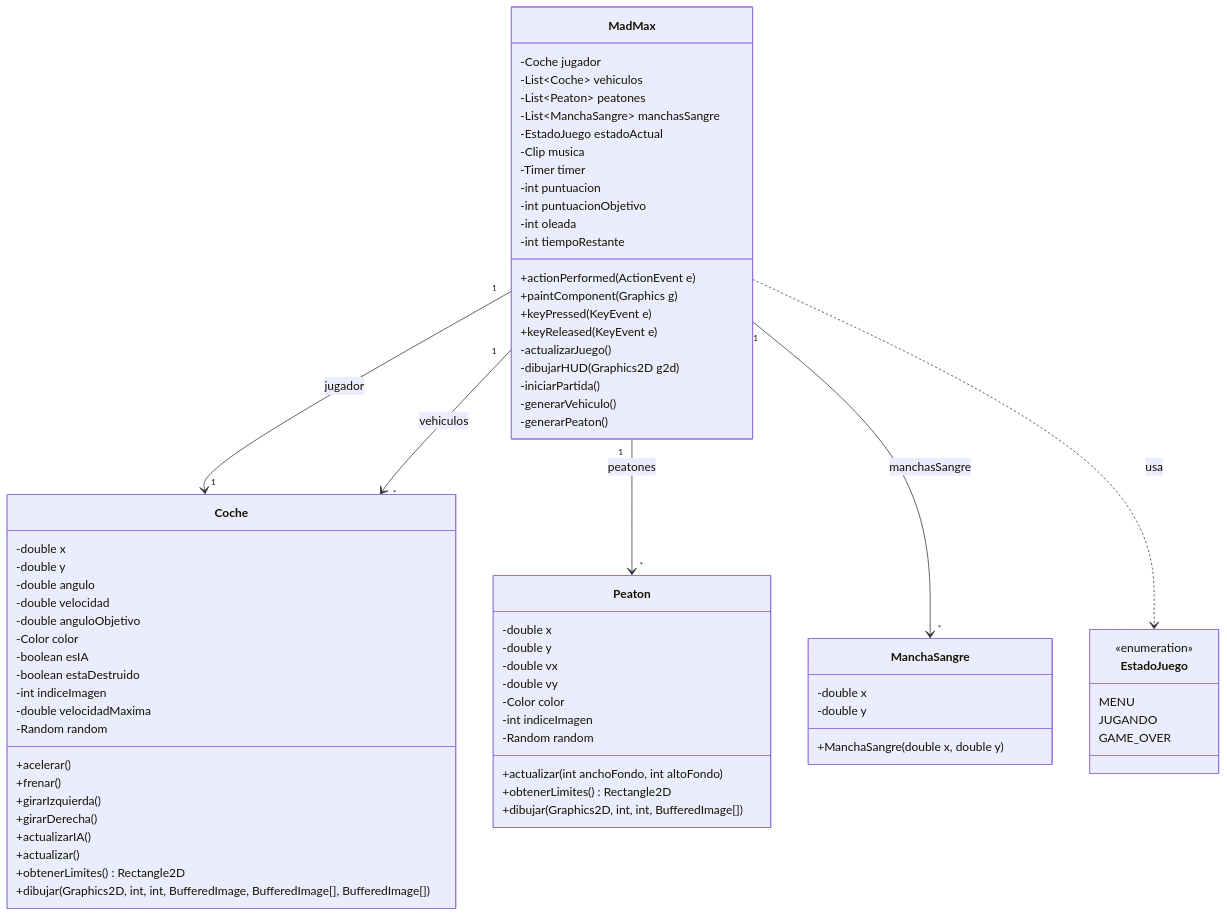
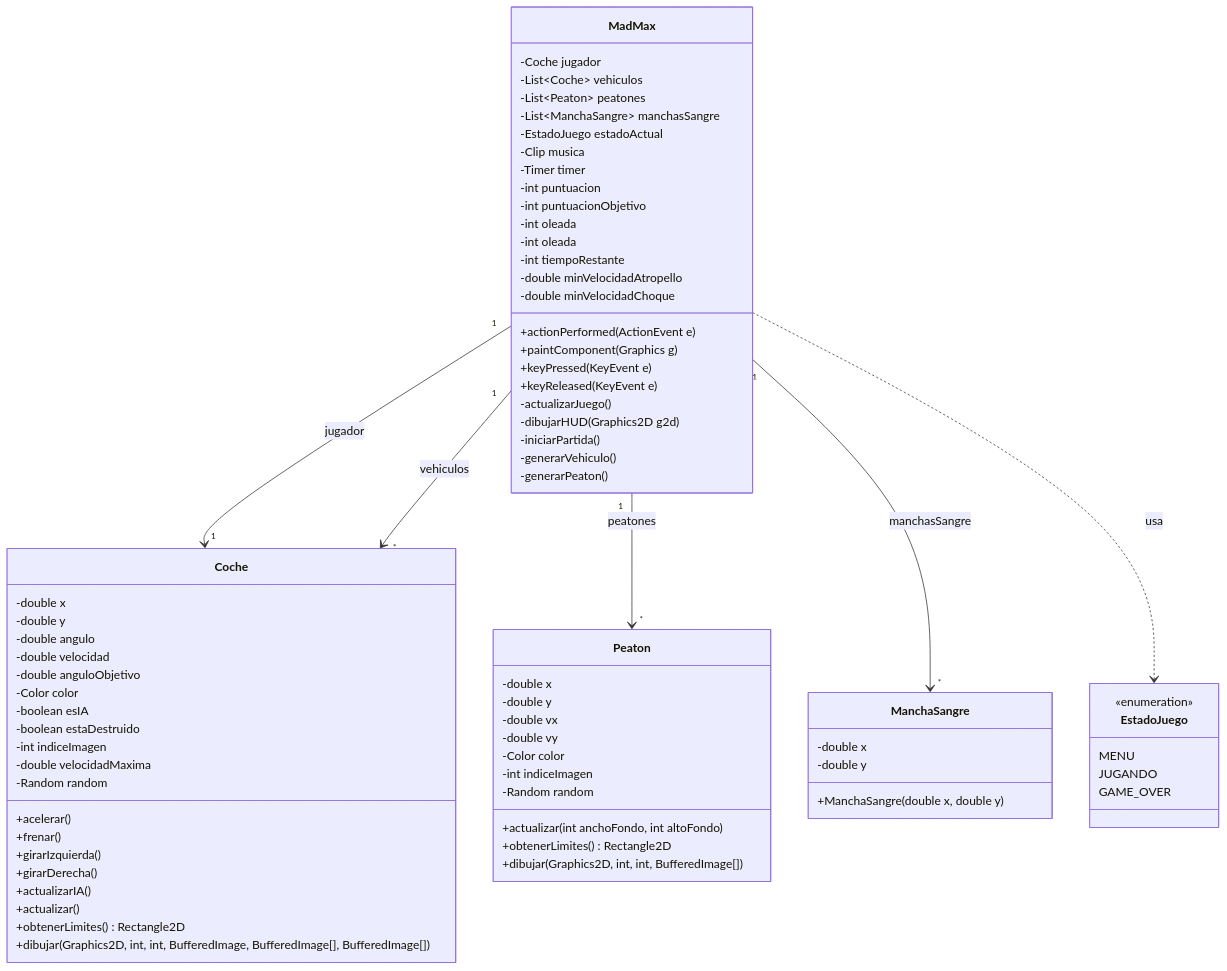
Before and after one commit to francis94dev/mad-max-game-java: the diagram in README.md, drawn with Mermaid. The commit also changed other lines of this file, not shown here.

````diff
--- a/README.md
+++ b/README.md
@@ -76,79 +76,82 @@
 ```mermaid
 classDiagram
     MadMax "1" --> "1" Coche : jugador
     MadMax "1" --> "*" Coche : vehiculos
     MadMax "1" --> "*" Peaton : peatones
     MadMax "1" --> "*" ManchaSangre : manchasSangre
     MadMax ..> EstadoJuego : usa
     
     class MadMax {
         -Coche jugador
         -List~Coche~ vehiculos
         -List~Peaton~ peatones
         -List~ManchaSangre~ manchasSangre
         -EstadoJuego estadoActual
         -Clip musica
         -Timer timer
         -int puntuacion
         -int puntuacionObjetivo
         -int oleada
+        -int oleada
         -int tiempoRestante
+        -double minVelocidadAtropello
+        -double minVelocidadChoque
         +actionPerformed(ActionEvent e)
         +paintComponent(Graphics g)
         +keyPressed(KeyEvent e)
         +keyReleased(KeyEvent e)
         -actualizarJuego()
         -dibujarHUD(Graphics2D g2d)
         -iniciarPartida()
         -generarVehiculo()
         -generarPeaton()
     }
     
     class Coche {
         -double x
         -double y
         -double angulo
         -double velocidad
         -double anguloObjetivo
         -Color color
         -boolean esIA
         -boolean estaDestruido
         -int indiceImagen
         -double velocidadMaxima
         -Random random
         +acelerar()
         +frenar()
         +girarIzquierda()
         +girarDerecha()
         +actualizarIA()
         +actualizar()
         +obtenerLimites() Rectangle2D
         +dibujar(Graphics2D, int, int, BufferedImage, BufferedImage[], BufferedImage[])
     }
     
     class Peaton {
         -double x
         -double y
         -double vx
         -double vy
         -Color color
         -int indiceImagen
         -Random random
         +actualizar(int anchoFondo, int altoFondo)
         +obtenerLimites() Rectangle2D
         +dibujar(Graphics2D, int, int, BufferedImage[])
     }
     
     class ManchaSangre {
         -double x
         -double y
         +ManchaSangre(double x, double y)
     }
     
     class EstadoJuego {
         <<enumeration>>
         MENU
         JUGANDO
         GAME_OVER
     }
 ```
````
